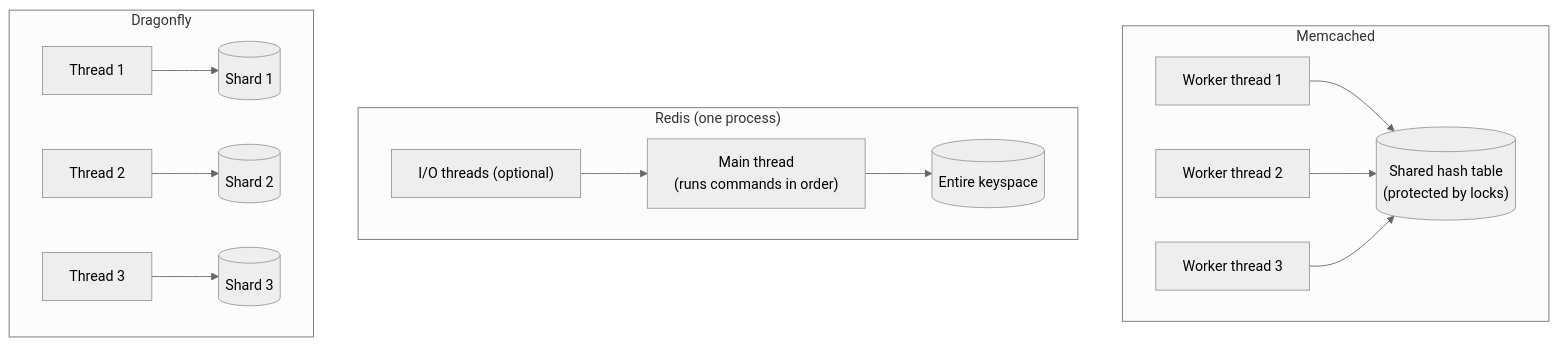
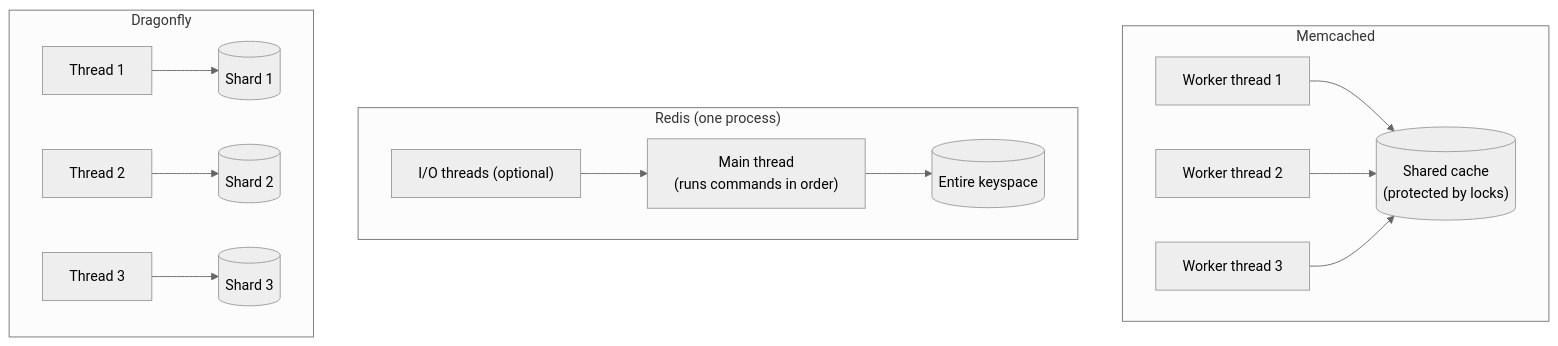
The diagram in content/en/posts/redis-memcached-dragonfly-architecture.md (bmf-san/bmf-tech), drawn with Mermaid (neutral theme) before and after one commit. The commit also changed other lines of this file and 1 other file, not shown here.

````diff
--- a/content/en/posts/redis-memcached-dragonfly-architecture.md
+++ b/content/en/posts/redis-memcached-dragonfly-architecture.md
@@ -76,17 +76,17 @@
 ```mermaid
 flowchart TB
     subgraph MC["Memcached"]
-        MW1["Worker thread 1"] --> MH[("Shared hash table<br/>(protected by locks)")]
+        MW1["Worker thread 1"] --> MH[("Shared cache<br/>(protected by locks)")]
         MW2["Worker thread 2"] --> MH
         MW3["Worker thread 3"] --> MH
     end
     subgraph RD["Redis (one process)"]
         RIO["I/O threads (optional)"] --> RM["Main thread<br/>(runs commands in order)"]
         RM --> RH[("Entire keyspace")]
     end
     subgraph DF["Dragonfly"]
         DT1["Thread 1"] --> DS1[("Shard 1")]
         DT2["Thread 2"] --> DS2[("Shard 2")]
         DT3["Thread 3"] --> DS3[("Shard 3")]
     end
 ```
````
